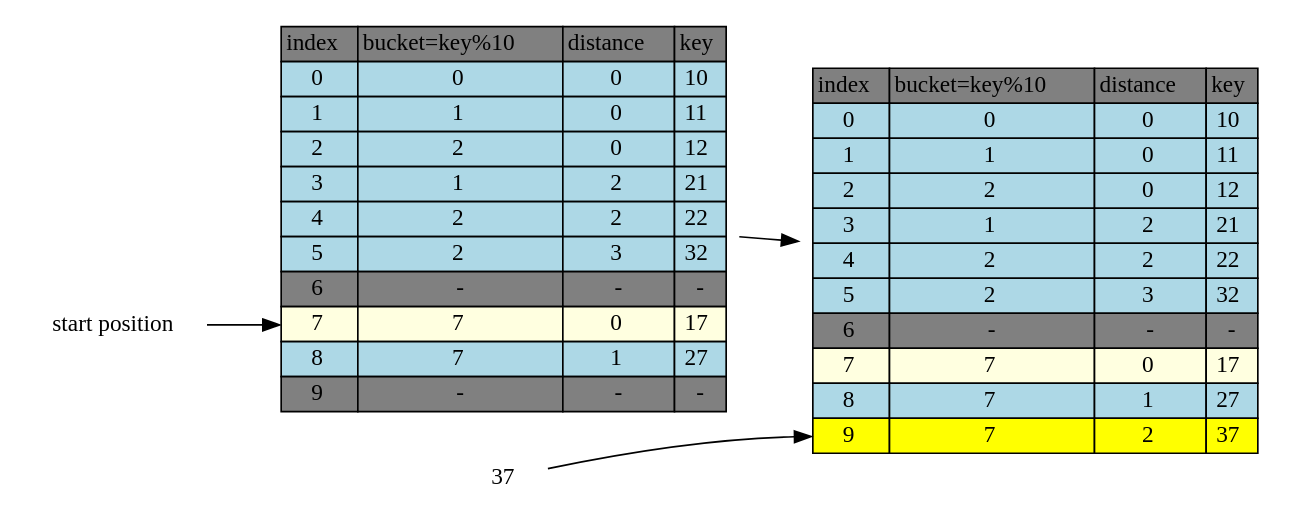
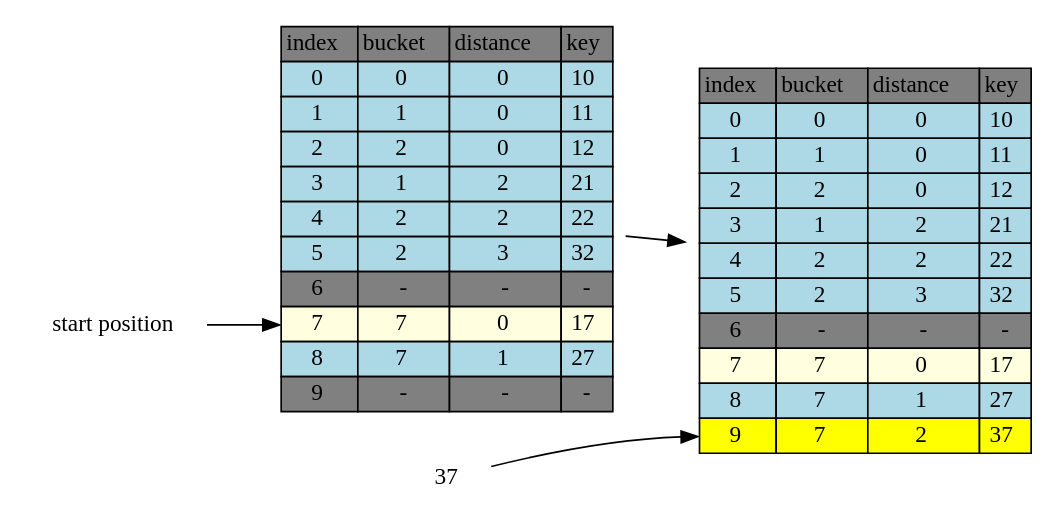
One commit to jasonlue/digest changed the diagram in hash-table/open-address-insert-37.dot. Above: the diagram before and after it, drawn with Graphviz. The commit also changed 7 other files, not shown here.

```diff
--- a/hash-table/open-address-insert-37.dot
+++ b/hash-table/open-address-insert-37.dot
@@ -1,149 +1,149 @@
 digraph table{
     rankdir=LR
     node[shape=plaintext]
 
 table[label=<
         <TABLE BORDER="0" CELLBORDER="1" CELLSPACING="0">
             <TR>
                 <TD BGCOLOR="grey">index</TD>
-                <TD BGCOLOR="grey">bucket=key%10</TD>
+                <TD BGCOLOR="grey">bucket</TD>
                 <TD BGCOLOR="grey">distance</TD>
                 <TD BGCOLOR="grey">key</TD>
             </TR>           
             <TR>
                 <TD BGCOLOR="lightblue" PORT="i0">0</TD>
                 <TD BGCOLOR="lightblue">0</TD>
                 <TD BGCOLOR="lightblue">0</TD>
                 <TD BGCOLOR="lightblue" PORT="k0">10</TD>
             </TR>           
             <TR>
                 <TD BGCOLOR="lightblue" PORT="i1">1</TD>
                 <TD BGCOLOR="lightblue">1</TD>
                 <TD BGCOLOR="lightblue">0</TD>
                 <TD BGCOLOR="lightblue" PORT="k1">11</TD>
             </TR>           
             <TR>
                 <TD BGCOLOR="lightblue" PORT="i2">2</TD>
                 <TD BGCOLOR="lightblue">2</TD>
                 <TD BGCOLOR="lightblue">0</TD>
                 <TD BGCOLOR="lightblue" PORT="k2">12</TD>
             </TR>           
             <TR>
                 <TD BGCOLOR="lightblue" PORT="i3">3</TD>
                 <TD BGCOLOR="lightblue">1</TD>
                 <TD BGCOLOR="lightblue">2</TD>
                 <TD BGCOLOR="lightblue" PORT="k3">21</TD>
             </TR>           
             <TR>
                 <TD BGCOLOR="lightblue" PORT="i4">4</TD>
                 <TD BGCOLOR="lightblue">2</TD>
                 <TD BGCOLOR="lightblue">2</TD>
                 <TD BGCOLOR="lightblue" PORT="k4">22</TD>
             </TR>           
             <TR>
                 <TD BGCOLOR="lightblue" PORT="i5">5</TD>
                 <TD BGCOLOR="lightblue">2</TD>
                 <TD BGCOLOR="lightblue">3</TD>
                 <TD BGCOLOR="lightblue" PORT="k5">32</TD>
             </TR>           
             <TR>
                 <TD BGCOLOR="grey" PORT="i6">6</TD>
                 <TD BGCOLOR="grey">-</TD>
                 <TD BGCOLOR="grey">-</TD>
                 <TD BGCOLOR="grey" PORT="k6">-</TD> 
             </TR>           
             <TR>
                 <TD BGCOLOR="lightyellow" PORT="i7">7</TD>
                 <TD BGCOLOR="lightyellow">7</TD>
                 <TD BGCOLOR="lightyellow">0</TD>
                 <TD BGCOLOR="lightyellow" PORT="k7">17</TD>
             </TR>           
             <TR>
                 <TD BGCOLOR="lightblue" PORT="i8">8</TD>
                 <TD BGCOLOR="lightblue">7</TD>
                 <TD BGCOLOR="lightblue">1</TD>
                 <TD BGCOLOR="lightblue" PORT="k8">27</TD>
             </TR>           
             <TR>
                 <TD BGCOLOR="grey" PORT="i9">9</TD>
                 <TD BGCOLOR="grey">-</TD>
                 <TD BGCOLOR="grey">-</TD>
                 <TD BGCOLOR="grey" PORT="k9">-</TD>
             </TR>           
         </TABLE>
     >]
 
    table2[label=<
         <TABLE BORDER="0" CELLBORDER="1" CELLSPACING="0">
             <TR>
                 <TD BGCOLOR="grey">index</TD>
-                <TD BGCOLOR="grey">bucket=key%10</TD>
+                <TD BGCOLOR="grey">bucket</TD>
                 <TD BGCOLOR="grey">distance</TD>
                 <TD BGCOLOR="grey">key</TD>
             </TR>           
             <TR>
                 <TD BGCOLOR="lightblue" PORT="i0">0</TD>
                 <TD BGCOLOR="lightblue">0</TD>
                 <TD BGCOLOR="lightblue">0</TD>
                 <TD BGCOLOR="lightblue" PORT="k0">10</TD>
             </TR>           
             <TR>
                 <TD BGCOLOR="lightblue" PORT="i1">1</TD>
                 <TD BGCOLOR="lightblue">1</TD>
                 <TD BGCOLOR="lightblue">0</TD>
                 <TD BGCOLOR="lightblue" PORT="k1">11</TD>
             </TR>           
             <TR>
                 <TD BGCOLOR="lightblue" PORT="i2">2</TD>
                 <TD BGCOLOR="lightblue">2</TD>
                 <TD BGCOLOR="lightblue">0</TD>
                 <TD BGCOLOR="lightblue" PORT="k2">12</TD>
             </TR>           
             <TR>
                 <TD BGCOLOR="lightblue" PORT="i3">3</TD>
                 <TD BGCOLOR="lightblue">1</TD>
                 <TD BGCOLOR="lightblue">2</TD>
                 <TD BGCOLOR="lightblue" PORT="k3">21</TD>
             </TR>           
             <TR>
                 <TD BGCOLOR="lightblue" PORT="i4">4</TD>
                 <TD BGCOLOR="lightblue">2</TD>
                 <TD BGCOLOR="lightblue">2</TD>
                 <TD BGCOLOR="lightblue" PORT="k4">22</TD>
             </TR>           
             <TR>
                 <TD BGCOLOR="lightblue" PORT="i5">5</TD>
                 <TD BGCOLOR="lightblue">2</TD>
                 <TD BGCOLOR="lightblue">3</TD>
                 <TD BGCOLOR="lightblue" PORT="k5">32</TD>
             </TR>           
             <TR>
                 <TD BGCOLOR="grey" PORT="i6">6</TD>
                 <TD BGCOLOR="grey">-</TD>
                 <TD BGCOLOR="grey">-</TD>
                 <TD BGCOLOR="grey" PORT="k6">-</TD> 
             </TR>           
             <TR>
                 <TD BGCOLOR="lightyellow" PORT="i7">7</TD>
                 <TD BGCOLOR="lightyellow">7</TD>
                 <TD BGCOLOR="lightyellow">0</TD>
                 <TD BGCOLOR="lightyellow" PORT="k7">17</TD>
             </TR>           
             <TR>
                 <TD BGCOLOR="lightblue" PORT="i8">8</TD>
                 <TD BGCOLOR="lightblue">7</TD>
                 <TD BGCOLOR="lightblue">1</TD>
                 <TD BGCOLOR="lightblue" PORT="k8">27</TD>
             </TR>           
             <TR>
                 <TD BGCOLOR="yellow" PORT="i9">9</TD>
                 <TD BGCOLOR="yellow">7</TD>
                 <TD BGCOLOR="yellow">2</TD>
                 <TD BGCOLOR="yellow" PORT="k9">37</TD>
             </TR>           
         </TABLE>
     >]
  table->table2
  "start position" -> table:i7
  "37"->table2:i9
 }
```
